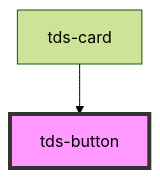
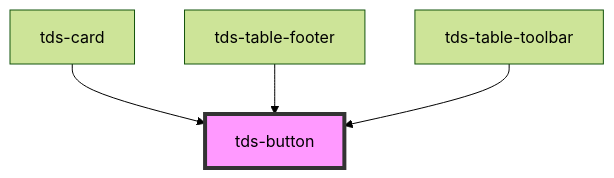
The diagram in packages/core/src/components/button/readme.md (scania-digital-design-system/tegel), drawn with Mermaid (forest theme) before and after one commit. The commit also changed other lines of this file and 1 other file, not shown here.

Commit message:
fix(tds-button): fix hover on disabled state

````diff
--- a/packages/core/src/components/button/readme.md
+++ b/packages/core/src/components/button/readme.md
@@ -46,5 +48,7 @@
 ```mermaid
 graph TD;
   tds-card --> tds-button
+  tds-table-footer --> tds-button
+  tds-table-toolbar --> tds-button
   style tds-button fill:#f9f,stroke:#333,stroke-width:4px
 ```
````
